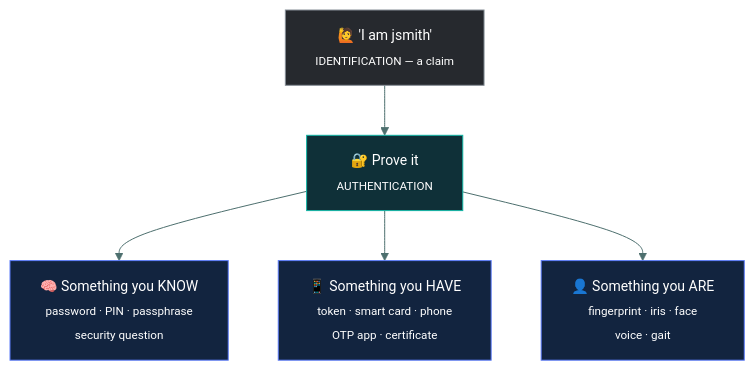
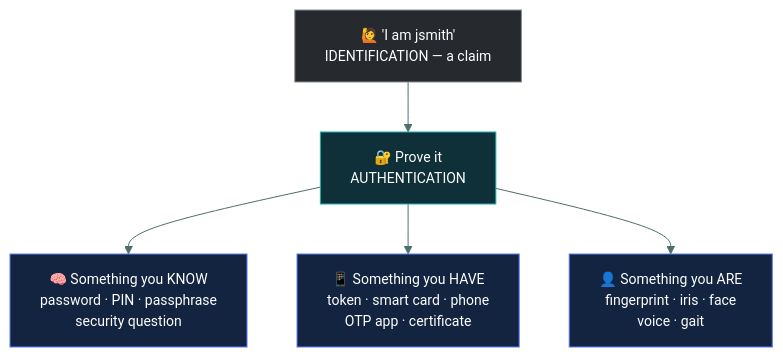
One commit to tarunTejaDesireddy/cc-exam-prep changed the first of 2 diagrams in 01-security-principles/authentication/README.md. Above: the diagram before and after it, drawn with Mermaid. The commit also changed other lines of this file and 15 other files, not shown here.

First line of the commit message:
Fix clipped mermaid labels repo-wide; add privacy topic

````diff
--- a/01-security-principles/authentication/README.md
+++ b/01-security-principles/authentication/README.md
@@ -61,14 +61,14 @@
 ```mermaid
 %%{init: {'theme':'base','themeVariables':{'fontSize':'14px','lineColor':'#4d6f6e','textColor':'#dbe7e6'}}}%%
 flowchart TD
-    A["🙋 'I am jsmith'<br/><sub>IDENTIFICATION — a claim</sub>"] --> B["🔐 Prove it<br/><sub>AUTHENTICATION</sub>"]
-    B --> K["🧠 Something you KNOW<br/><sub>password · PIN · passphrase<br/>security question</sub>"]
-    B --> H["📱 Something you HAVE<br/><sub>token · smart card · phone<br/>OTP app · certificate</sub>"]
-    B --> I["👤 Something you ARE<br/><sub>fingerprint · iris · face<br/>voice · gait</sub>"]
+    A["🙋 'I am jsmith'<br/>IDENTIFICATION — a claim"] --> B["🔐 Prove it<br/>AUTHENTICATION"]
+    B --> K["🧠 Something you KNOW<br/>password · PIN · passphrase<br/>security question"]
+    B --> H["📱 Something you HAVE<br/>token · smart card · phone<br/>OTP app · certificate"]
+    B --> I["👤 Something you ARE<br/>fingerprint · iris · face<br/>voice · gait"]
 
     style A fill:#26292e,stroke:#868E96,color:#fff
     style B fill:#0f3038,stroke:#12B5A5,color:#fff
     style K fill:#12243f,stroke:#5C7CFA,color:#fff
     style H fill:#12243f,stroke:#5C7CFA,color:#fff
     style I fill:#12243f,stroke:#5C7CFA,color:#fff
 ```
````
